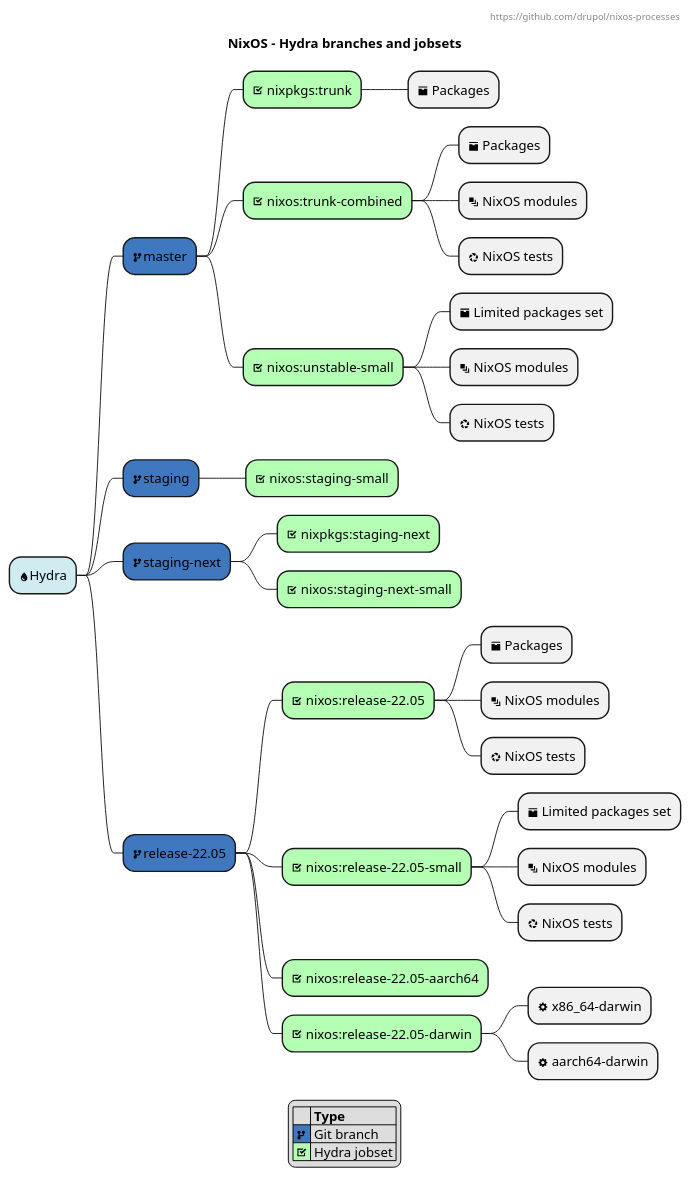
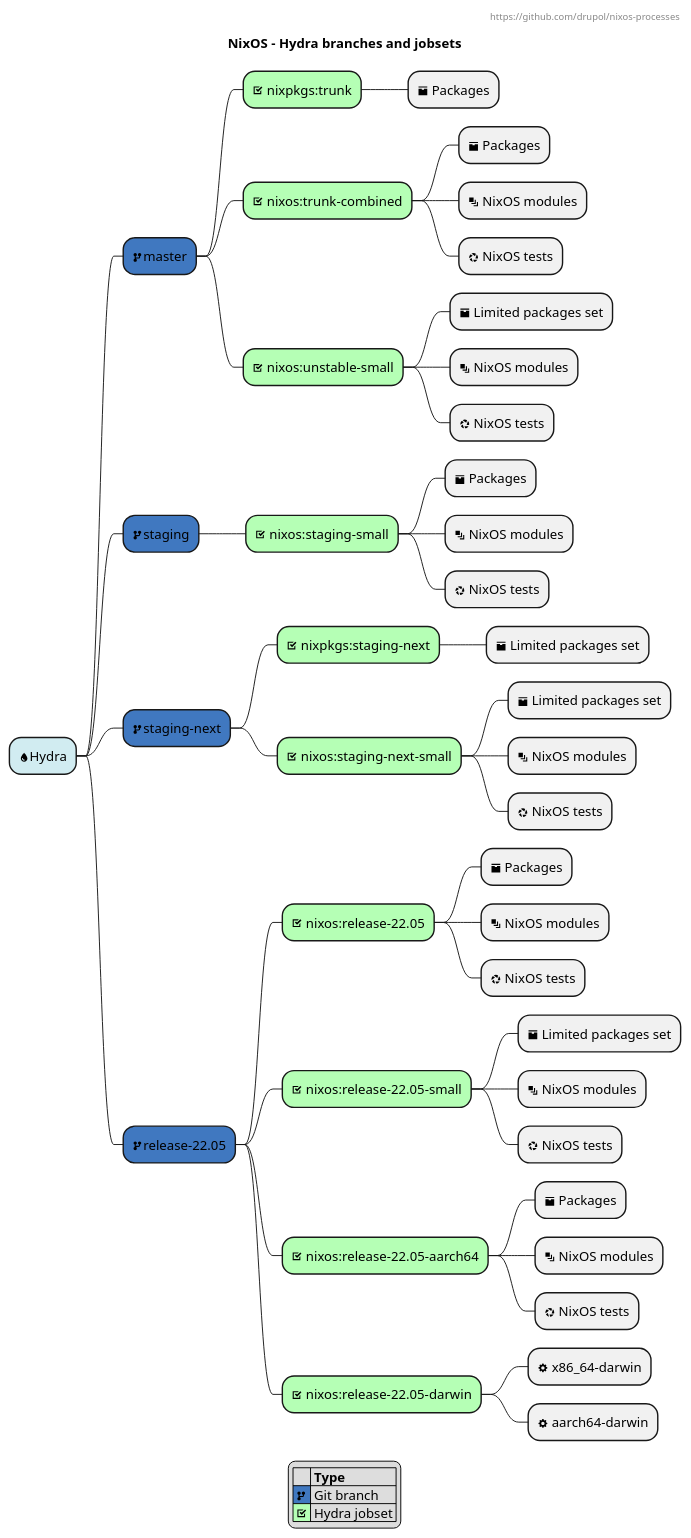
Before and after one commit to drupol/nixos-processes: the diagram in src/hydra.plantuml, drawn with PlantUML. The commit also changed 1 other file, not shown here.

Commit message:
Update `Hydra` diagrams.

```diff
--- a/src/hydra.plantuml
+++ b/src/hydra.plantuml
@@ -1,58 +1,68 @@
 @startmindmap
 title NixOS - Hydra branches and jobsets
 header
 https://github.com/drupol/nixos-processes
 endheader
 
 <style>
 mindmapDiagram {
   :depth(0) {
     BackGroundColor d1ecf1
   }
   :depth(1) {
     BackGroundColor 4078c0
   }
   :depth(2) {
     BackGroundColor b5ffb5
   }
 }
 </style>
 
 * <&droplet>Hydra
 ** <&fork>master
 *** <&task> nixpkgs:trunk
 **** <&box> Packages
 *** <&task> nixos:trunk-combined
 **** <&box> Packages
 **** <&layers> NixOS modules
 **** <&aperture> NixOS tests
 *** <&task> nixos:unstable-small
 **** <&box> Limited packages set
 **** <&layers> NixOS modules
 **** <&aperture> NixOS tests
 ** <&fork>staging
 *** <&task> nixos:staging-small
+**** <&box> Packages
+**** <&layers> NixOS modules
+**** <&aperture> NixOS tests
 ** <&fork>staging-next
 *** <&task> nixpkgs:staging-next
+**** <&box> Limited packages set
 *** <&task> nixos:staging-next-small
+**** <&box> Limited packages set
+**** <&layers> NixOS modules
+**** <&aperture> NixOS tests
 ** <&fork>release-22.05
 *** <&task> nixos:release-22.05
 **** <&box> Packages
 **** <&layers> NixOS modules
 **** <&aperture> NixOS tests
 *** <&task> nixos:release-22.05-small
 **** <&box> Limited packages set
 **** <&layers> NixOS modules
 **** <&aperture> NixOS tests
 *** <&task> nixos:release-22.05-aarch64
+**** <&box> Packages
+**** <&layers> NixOS modules
+**** <&aperture> NixOS tests
 *** <&task> nixos:release-22.05-darwin
 **** <&cog> x86_64-darwin
 **** <&cog> aarch64-darwin
 
 legend
 |= |= Type |
 | <#4078c0> <&fork> | Git branch |
 | <#b5ffb5> <&task> | Hydra jobset |
 endlegend
 
 @endmindmap
```
